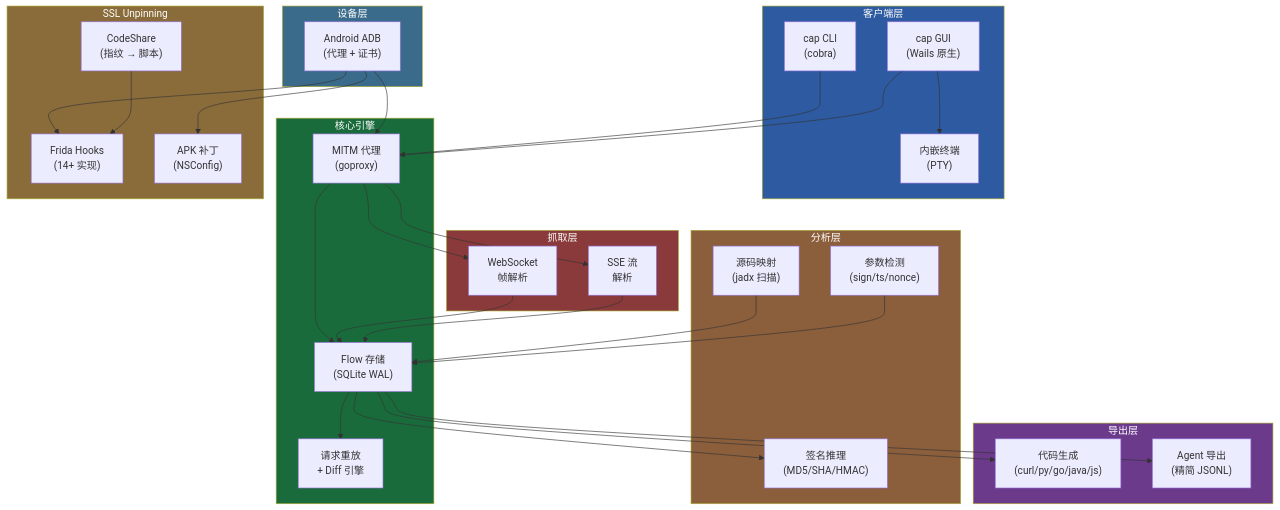
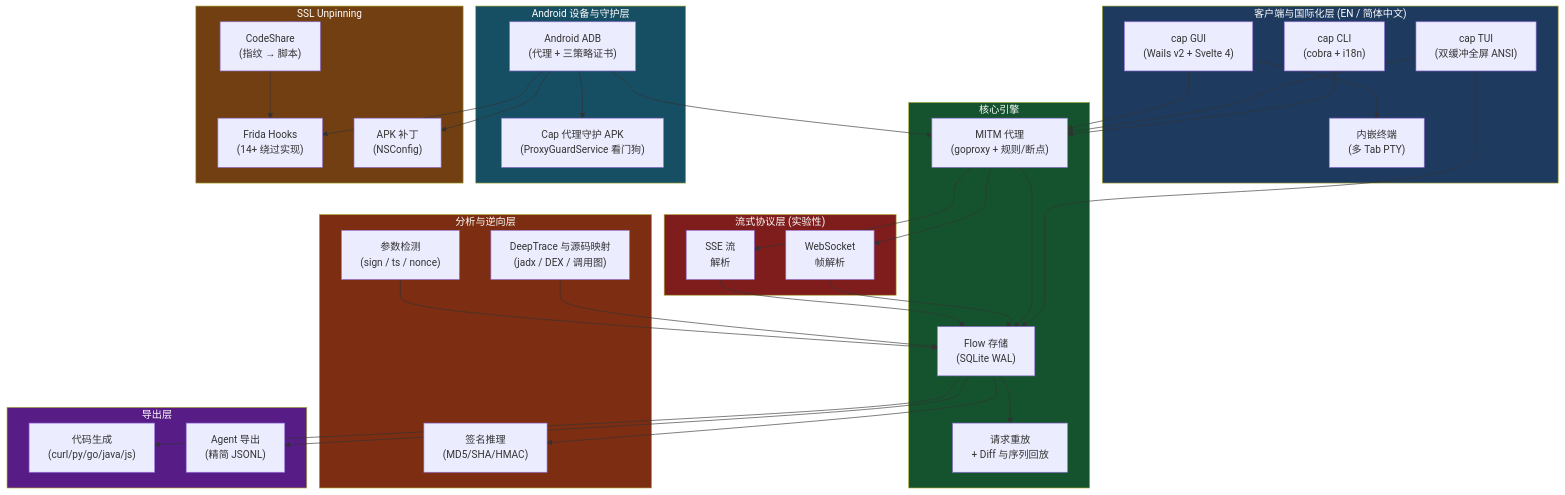
One commit to overkazaf/cap changed the first of 2 diagrams in README_CN.md. Above: the diagram before and after it, drawn with Mermaid. The commit also changed other lines of this file and 117 other files, not shown here.

First line of the commit message:
feat: commercial-grade GUI/TUI redesign, EN/ZH i18n, Android Companion Guard APK, and updated docs

````diff
--- a/README_CN.md
+++ b/README_CN.md
@@ -45,67 +63,72 @@
 ```mermaid
 flowchart TB
-    subgraph 客户端["客户端层"]
-        CLI["cap CLI<br/>(cobra)"]
-        GUI["cap GUI<br/>(Wails 原生)"]
-        TTY["内嵌终端<br/>(PTY)"]
+    subgraph 客户端["客户端与国际化层 (EN / 简体中文)"]
+        CLI["cap CLI<br/>(cobra + i18n)"]
+        TUI["cap TUI<br/>(双缓冲全屏 ANSI)"]
+        GUI["cap GUI<br/>(Wails v2 + Svelte 4)"]
+        TTY["内嵌终端<br/>(多 Tab PTY)"]
     end
 
     subgraph 核心引擎["核心引擎"]
-        PROXY["MITM 代理<br/>(goproxy)"]
+        PROXY["MITM 代理<br/>(goproxy + 规则/断点)"]
         STORE["Flow 存储<br/>(SQLite WAL)"]
-        REPLAY["请求重放<br/>+ Diff 引擎"]
+        REPLAY["请求重放<br/>+ Diff 与序列回放"]
     end
 
-    subgraph 分析层["分析层"]
+    subgraph 分析层["分析与逆向层"]
         SIGN["签名推理<br/>(MD5/SHA/HMAC)"]
-        CONTEXT["源码映射<br/>(jadx 扫描)"]
-        DETECT["参数检测<br/>(sign/ts/nonce)"]
+        TRACE["DeepTrace 与源码映射<br/>(jadx / DEX / 调用图)"]
+        DETECT["参数检测<br/>(sign / ts / nonce)"]
     end
 
     subgraph 导出层["导出层"]
         CODEGEN["代码生成<br/>(curl/py/go/java/js)"]
         AGENT["Agent 导出<br/>(精简 JSONL)"]
     end
 
-    subgraph 抓取层["抓取层"]
+    subgraph 抓取层["流式协议层 (实验性)"]
         WS["WebSocket<br/>帧解析"]
         SSE["SSE 流<br/>解析"]
     end
 
-    subgraph 设备层["设备层"]
-        ADB["Android ADB<br/>(代理 + 证书)"]
+    subgraph 设备层["Android 设备与守护层"]
+        ADB["Android ADB<br/>(代理 + 三策略证书)"]
+        GUARD["Cap 代理守护 APK<br/>(ProxyGuardService 看门狗)"]
     end
 
     subgraph 脱钉层["SSL Unpinning"]
-        FRIDA["Frida Hooks<br/>(14+ 实现)"]
+        FRIDA["Frida Hooks<br/>(14+ 绕过实现)"]
         PATCH["APK 补丁<br/>(NSConfig)"]
         CODESHARE["CodeShare<br/>(指纹 → 脚本)"]
     end
 
     CLI --> PROXY
+    TUI --> PROXY
+    TUI --> STORE
     GUI --> PROXY
     GUI --> TTY
     PROXY --> STORE
     PROXY --> WS
     PROXY --> SSE
     WS --> STORE
     SSE --> STORE
     STORE --> CODEGEN
     STORE --> AGENT
     STORE --> SIGN
     STORE --> REPLAY
-    CONTEXT --> STORE
+    TRACE --> STORE
     DETECT --> STORE
     ADB --> PROXY
+    ADB --> GUARD
     ADB --> FRIDA
     ADB --> PATCH
     CODESHARE --> FRIDA
 
-    style 客户端 fill:#2d5aa0,color:#fff
-    style 核心引擎 fill:#1a6b3c,color:#fff
-    style 分析层 fill:#8b5e3c,color:#fff
-    style 导出层 fill:#6b3a8a,color:#fff
-    style 抓取层 fill:#8a3a3a,color:#fff
-    style 设备层 fill:#3a6b8a,color:#fff
-    style 脱钉层 fill:#8a6b3a,color:#fff
+    style 客户端 fill:#1e3a5f,color:#fff
+    style 核心引擎 fill:#14532d,color:#fff
+    style 分析层 fill:#7c2d12,color:#fff
+    style 导出层 fill:#581c87,color:#fff
+    style 抓取层 fill:#7f1d1d,color:#fff
+    style 设备层 fill:#164e63,color:#fff
+    style 脱钉层 fill:#713f12,color:#fff
 ```
````
